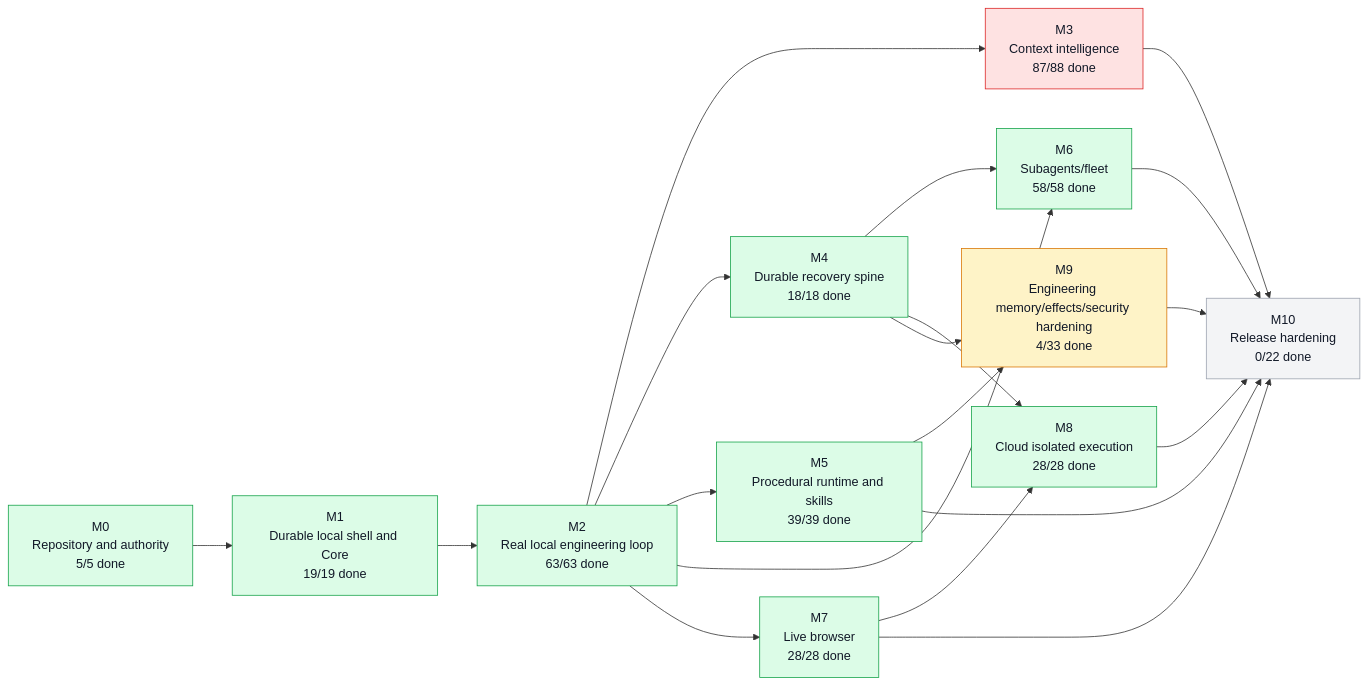
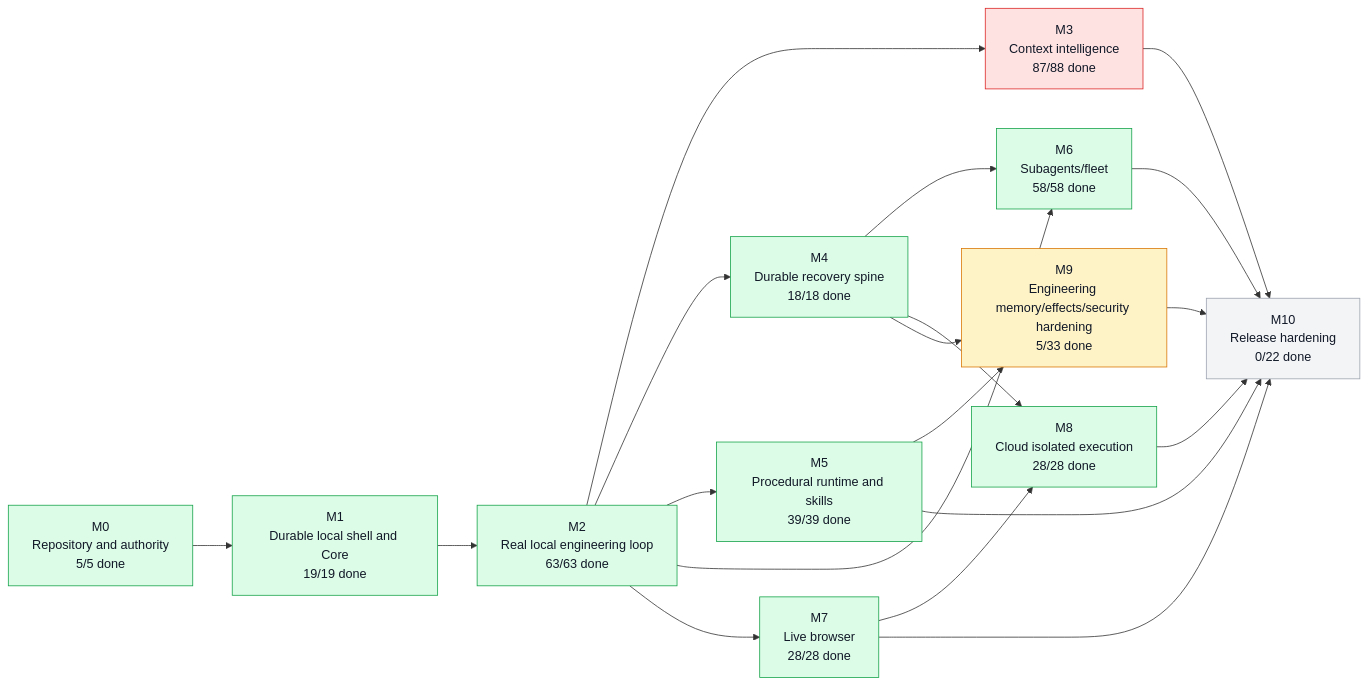
Before and after one commit to moss101/modbit: the first of 5 diagrams in graph/PROJECT_GRAPH.md, drawn with Mermaid. The commit also changed other lines of this file and 3 other files, not shown here.

````diff
--- a/graph/PROJECT_GRAPH.md
+++ b/graph/PROJECT_GRAPH.md
@@ -57,43 +57,43 @@
 ```mermaid
 flowchart LR
   M0["M0<br/>Repository and authority<br/>5/5 done"]
   M1["M1<br/>Durable local shell and Core<br/>19/19 done"]
   M2["M2<br/>Real local engineering loop<br/>63/63 done"]
   M3["M3<br/>Context intelligence<br/>87/88 done"]
   M4["M4<br/>Durable recovery spine<br/>18/18 done"]
   M5["M5<br/>Procedural runtime and skills<br/>39/39 done"]
   M6["M6<br/>Subagents/fleet<br/>58/58 done"]
   M7["M7<br/>Live browser<br/>28/28 done"]
   M8["M8<br/>Cloud isolated execution<br/>28/28 done"]
-  M9["M9<br/>Engineering memory/effects/security hardening<br/>4/33 done"]
+  M9["M9<br/>Engineering memory/effects/security hardening<br/>5/33 done"]
   M10["M10<br/>Release hardening<br/>0/22 done"]
   M0 --> M1
   M1 --> M2
   M2 --> M3
   M2 --> M4
   M2 --> M5
   M2 --> M6
   M4 --> M6
   M2 --> M7
   M4 --> M8
   M7 --> M8
   M4 --> M9
   M5 --> M9
   M3 --> M10
   M5 --> M10
   M6 --> M10
   M7 --> M10
   M8 --> M10
   M9 --> M10
   style M0 fill:#dcfce7,stroke:#16a34a,color:#111827
   style M1 fill:#dcfce7,stroke:#16a34a,color:#111827
   style M2 fill:#dcfce7,stroke:#16a34a,color:#111827
   style M3 fill:#fee2e2,stroke:#dc2626,color:#111827
   style M4 fill:#dcfce7,stroke:#16a34a,color:#111827
   style M5 fill:#dcfce7,stroke:#16a34a,color:#111827
   style M6 fill:#dcfce7,stroke:#16a34a,color:#111827
   style M7 fill:#dcfce7,stroke:#16a34a,color:#111827
   style M8 fill:#dcfce7,stroke:#16a34a,color:#111827
   style M9 fill:#fef3c7,stroke:#d97706,color:#111827
   style M10 fill:#f3f4f6,stroke:#9ca3af,color:#111827
 ```
````
